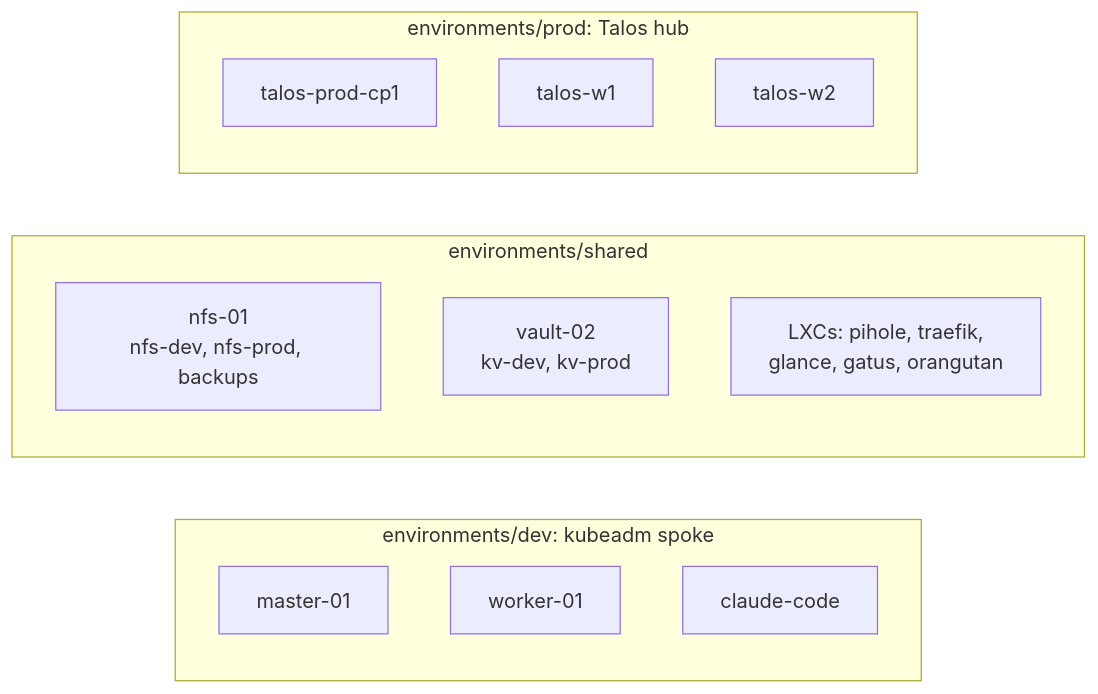
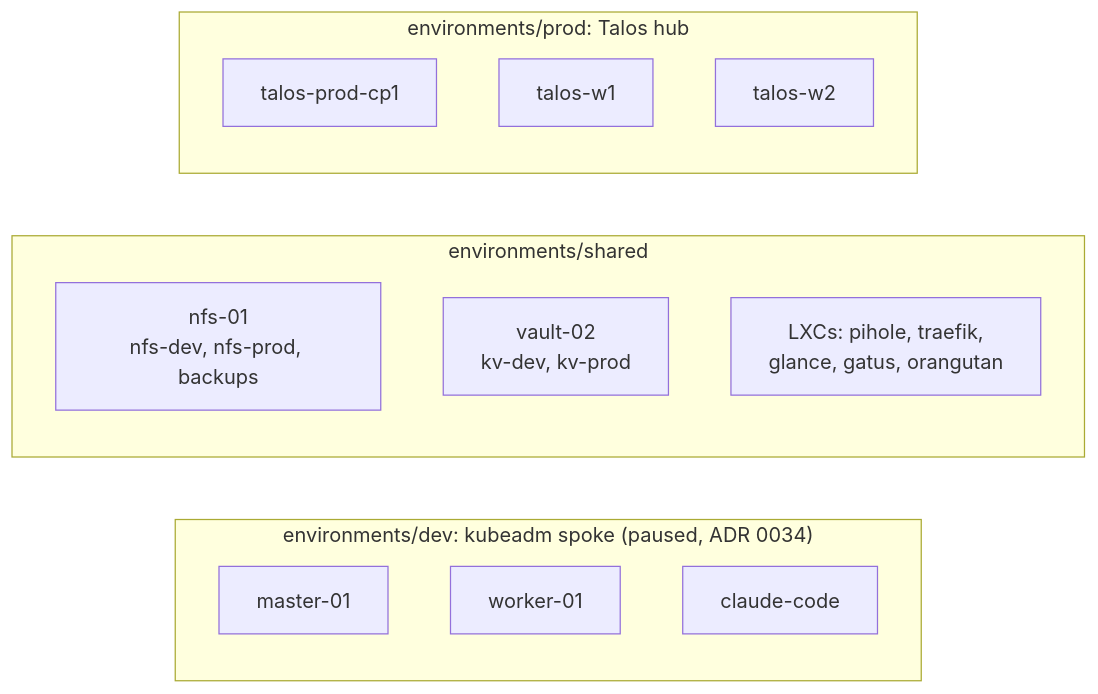
The first of 3 diagrams in README.md (maxim-grin/homelab), drawn with Mermaid before and after one commit. The commit also changed other lines of this file and 2 other files, not shown here.

Commit message:
docs: gate dev pause and resume steps

````diff
--- a/README.md
+++ b/README.md
@@ -18,18 +20,18 @@
 ```mermaid
 flowchart LR
-    subgraph dev["environments/dev: kubeadm spoke"]
+    subgraph dev["environments/dev: kubeadm spoke (paused, ADR 0034)"]
         master["master-01"]
         worker["worker-01"]
         claude["claude-code"]
     end
     subgraph shared["environments/shared"]
         nfs["nfs-01<br/>nfs-dev, nfs-prod, backups"]
         vault["vault-02<br/>kv-dev, kv-prod"]
         lxcs["LXCs: pihole, traefik,<br/>glance, gatus, orangutan"]
     end
     subgraph prod["environments/prod: Talos hub"]
         cp1["talos-prod-cp1"]
         w1["talos-w1"]
         w2["talos-w2"]
     end
 ```
````
